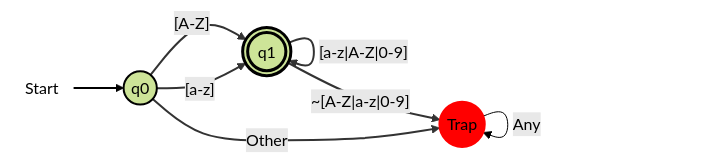
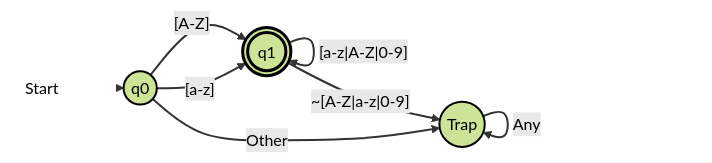
Before and after one commit to CS-Tiny-Compiler/a-tiny-compiler: the second of 9 diagrams in docs/DFA.md, drawn with Mermaid (forest theme). The commit also changed other lines of this file, not shown here.

First line of the commit message:
made line colors consistent and trap state have a black color

````diff
--- a/docs/DFA.md
+++ b/docs/DFA.md
@@ -54,20 +54,20 @@
 ```mermaid
 flowchart LR
     start(((Start))):::startNode --> q0(("q0")):::normal
     q0 --> |"[a-z]"| q1(("q1")):::normal
     q0 --> |"[A-Z]"| q1(("q1")):::normal
-    q0 --> |Other| Trap(("Trap")):::normal
+    q0 --> |Other| Trap(("Trap")):::trap
 
     q1 --> |"[a-z|A-Z|0-9]"| q1((("q1"))):::finalState
     q1 --> |"~[A-Z|a-z|0-9]"| Trap((("Trap"))):::trap
 
     Trap --> |Any| Trap(("Trap")):::trap
 
     classDef startNode fill:none,stroke:none;
     classDef normal stroke:#000,stroke-width:2px;
     classDef finalState stroke:#000,stroke-width:3px;
-    classDef trap fill:#f00,stroke:#f00,stroke-width:2px;
+    classDef trap stroke:#000,stroke-width:2px;
 
-    linkStyle 0 stroke-width:2px;
-    linkStyle 1,2,3,4,5 stroke:#333,stroke-width:2px,fill:none;
+    linkStyle 0 stroke:white;
+    linkStyle default stroke:#333,stroke-width:2px,fill:none;
 ```
````
